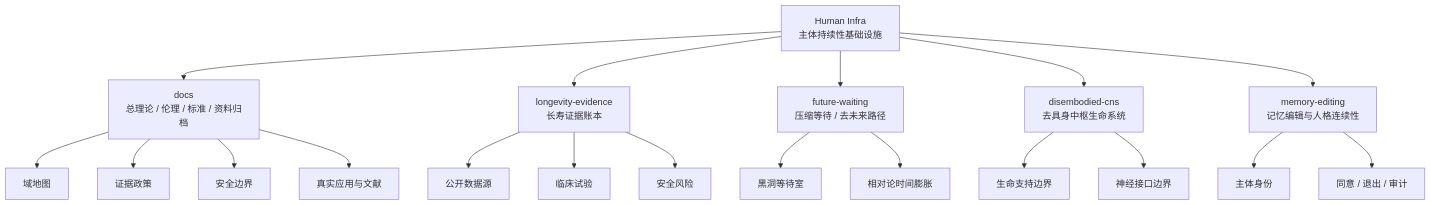
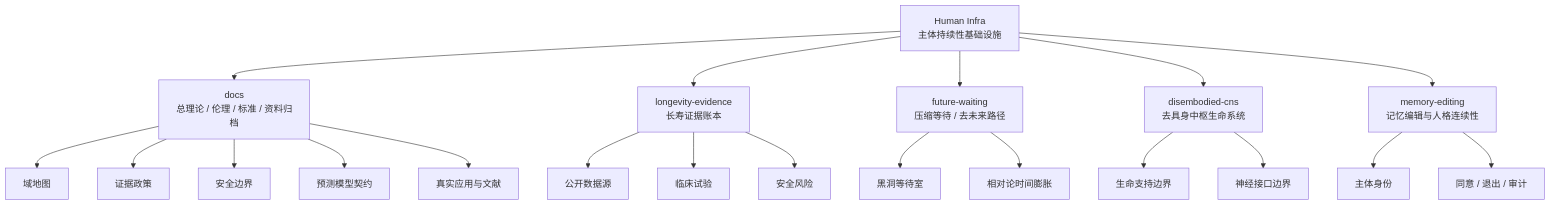
The third of 5 diagrams in README.md (123olp/ys), drawn with Mermaid before and after one commit. The commit also changed other lines of this file and 16 other files, not shown here.

````diff
--- a/README.md
+++ b/README.md
@@ -132,28 +155,29 @@
 ```mermaid
 flowchart TD
     H[Human Infra<br/>主体持续性基础设施]
 
     H --> D[docs<br/>总理论 / 伦理 / 标准 / 资料归档]
     H --> L[longevity-evidence<br/>长寿证据账本]
     H --> F[future-waiting<br/>压缩等待 / 去未来路径]
     H --> C[disembodied-cns<br/>去具身中枢生命系统]
     H --> M[memory-editing<br/>记忆编辑与人格连续性]
 
     D --> DM[域地图]
     D --> EP[证据政策]
     D --> SB[安全边界]
+    D --> PM[预测模型契约]
     D --> AL[真实应用与文献]
 
     L --> DS[公开数据源]
     L --> CT[临床试验]
     L --> SR[安全风险]
 
     F --> BH[黑洞等待室]
     F --> TD[相对论时间膨胀]
 
     C --> LS[生命支持边界]
     C --> NI[神经接口边界]
 
     M --> ID[主体身份]
     M --> AU[同意 / 退出 / 审计]
 ```
````
